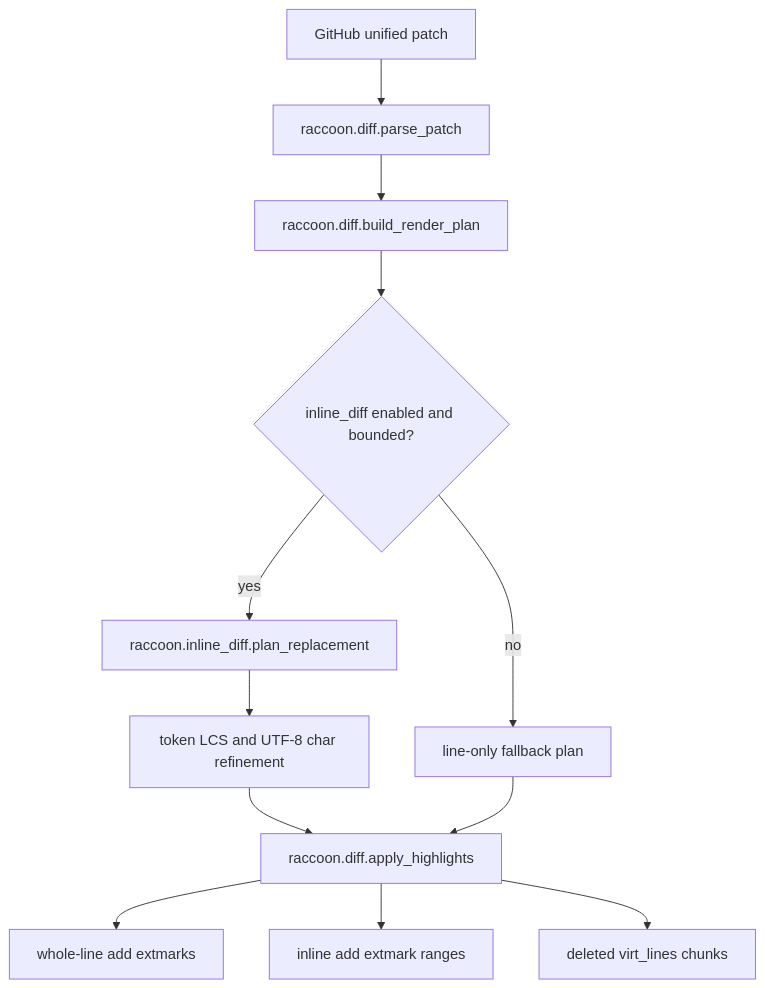
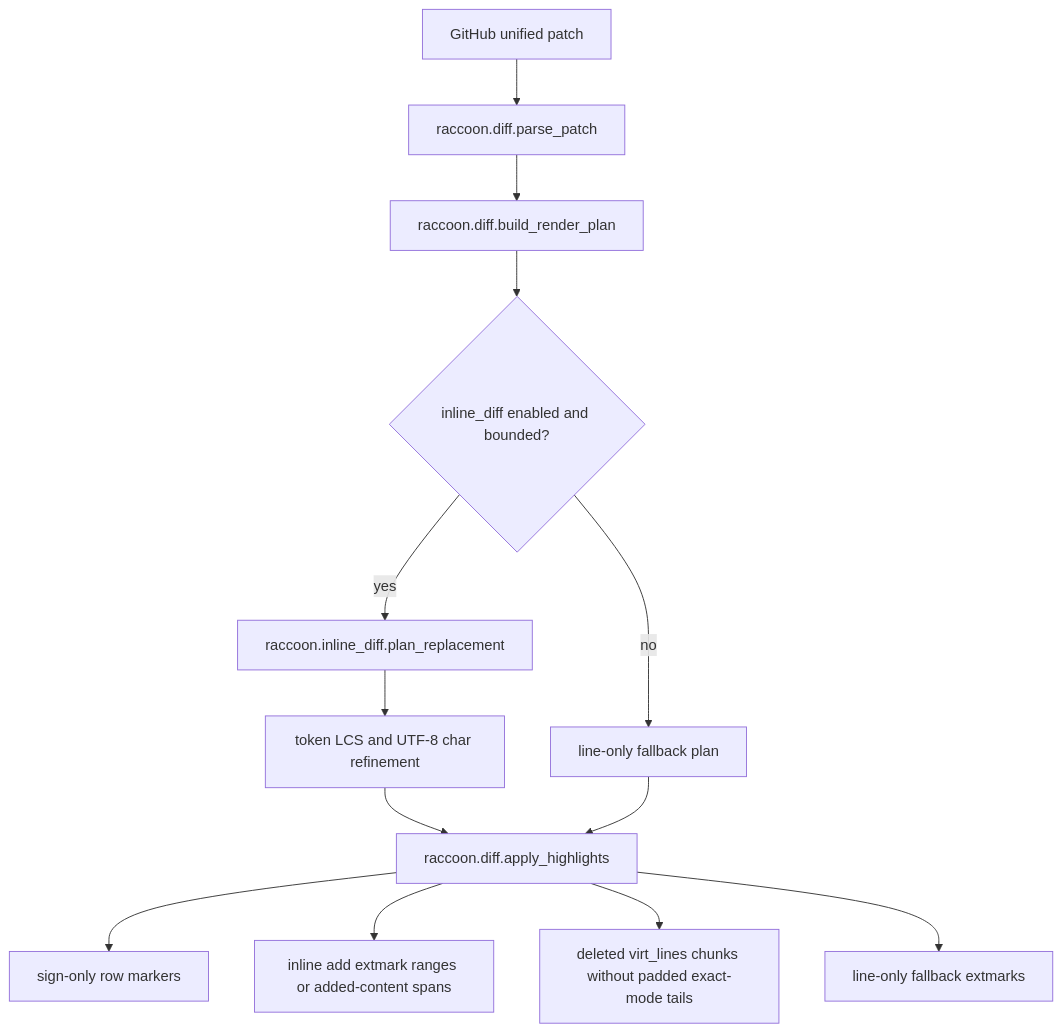
Before and after one commit to bajor/nvim-raccoon: the diagram in ARCHITECTURE_DIFF.md, drawn with Mermaid. The commit also changed other lines of this file and 2 other files, not shown here.

Commit message:
fix: limit inline diff highlights to changed chars
Exact inline diff mode now keeps add signs while highlighting only computed changed spans or pure-added content, without whole-line add backgrounds or padded deleted virtual-line tails. Fallback rendering keeps the previous whole-line behavior.

````diff
--- a/ARCHITECTURE_DIFF.md
+++ b/ARCHITECTURE_DIFF.md
@@ -9,14 +9,15 @@
 ```mermaid
 flowchart TD
     A[GitHub unified patch] --> B[raccoon.diff.parse_patch]
     B --> C[raccoon.diff.build_render_plan]
     C --> D{inline_diff enabled and bounded?}
     D -->|yes| E[raccoon.inline_diff.plan_replacement]
     E --> F[token LCS and UTF-8 char refinement]
     D -->|no| G[line-only fallback plan]
     F --> H[raccoon.diff.apply_highlights]
     G --> H
-    H --> I[whole-line add extmarks]
-    H --> J[inline add extmark ranges]
-    H --> K[deleted virt_lines chunks]
+    H --> I[sign-only row markers]
+    H --> J[inline add extmark ranges or added-content spans]
+    H --> K[deleted virt_lines chunks without padded exact-mode tails]
+    H --> L[line-only fallback extmarks]
 ```
````
